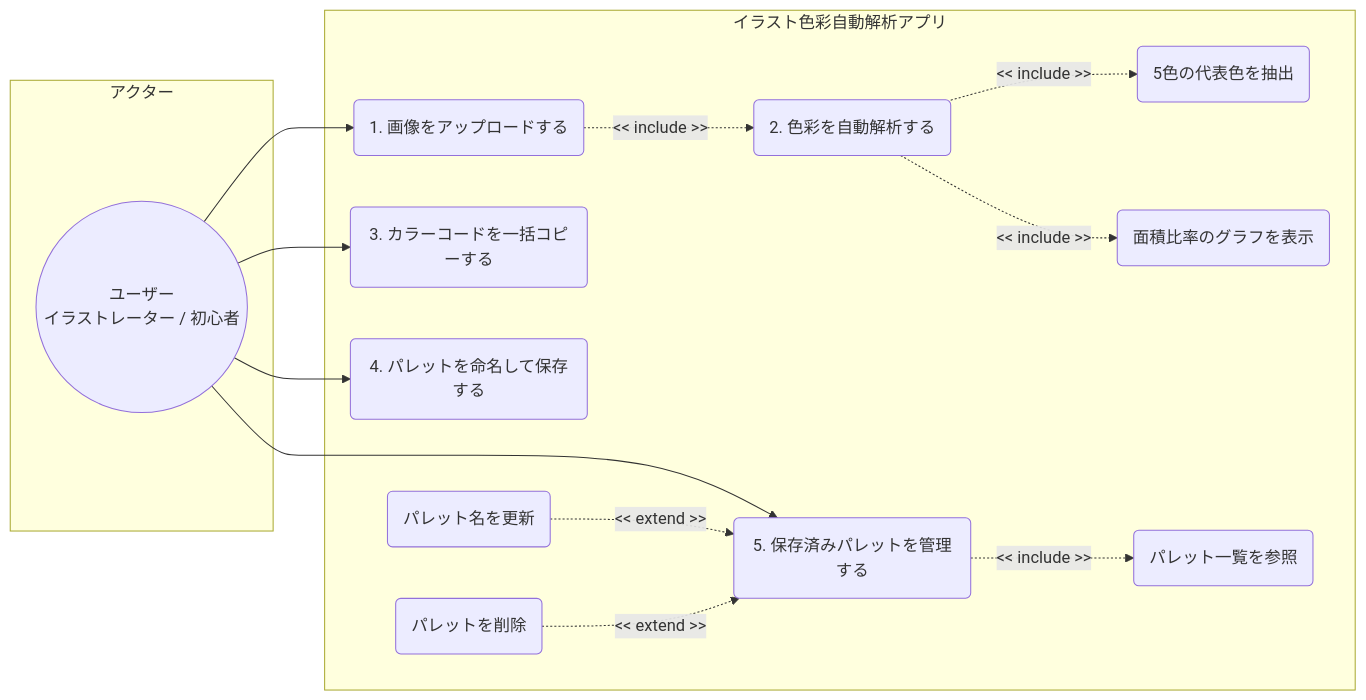
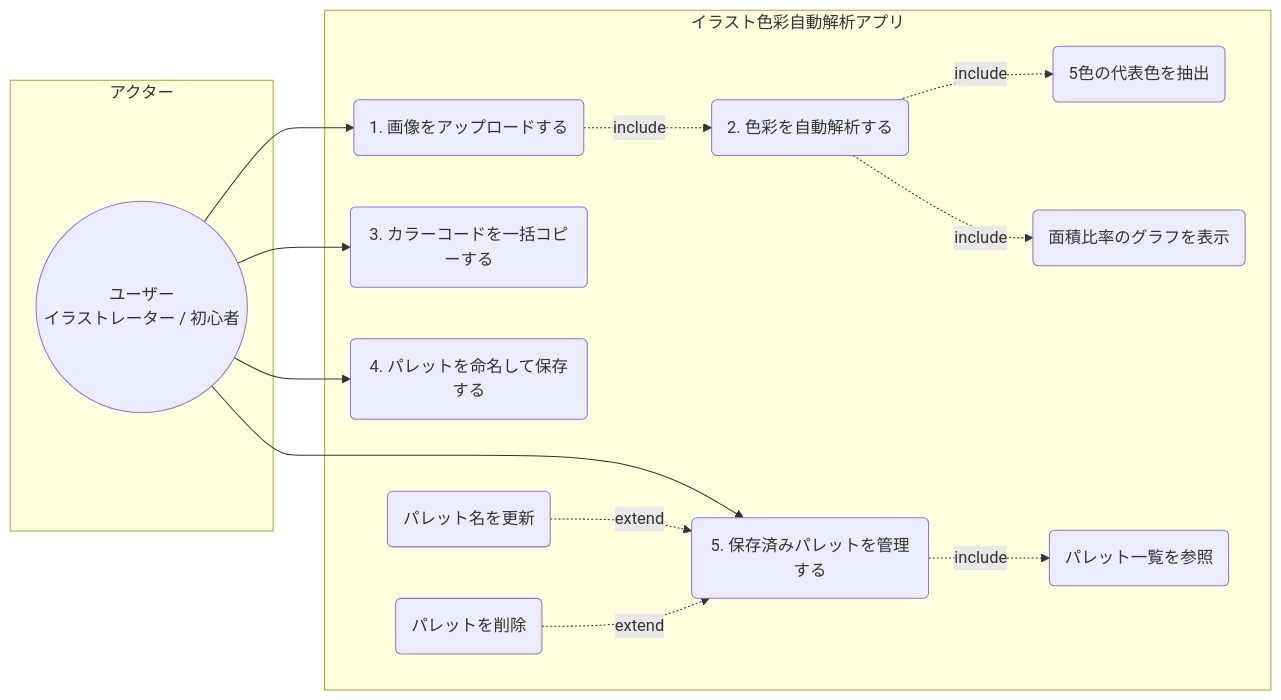
The first of 4 diagrams in README.md (csku24104/color-palette-analyzer), drawn with Mermaid before and after one commit. The commit also changed other lines of this file, not shown here.

````diff
--- a/README.md
+++ b/README.md
@@ -52,28 +52,28 @@
 ```mermaid
 flowchart LR
     subgraph アクター
         User((ユーザー<br>イラストレーター / 初心者))
     end
     subgraph イラスト色彩自動解析アプリ
         UC1(1. 画像をアップロードする)
         UC2(2. 色彩を自動解析する)
         UC3(3. カラーコードを一括コピーする)
         UC4(4. パレットを命名して保存する)
         UC5(5. 保存済みパレットを管理する)
         UC2_1(5色の代表色を抽出)
         UC2_2(面積比率のグラフを表示)
         UC5_1(パレット一覧を参照)
         UC5_2(パレット名を更新)
         UC5_3(パレットを削除)
     end
     User --> UC1
     User --> UC3
     User --> UC4
     User --> UC5
-    UC1 -.->|<< include >>| UC2
-    UC2 -.->|<< include >>| UC2_1
-    UC2 -.->|<< include >>| UC2_2
-    UC5 -.->|<< include >>| UC5_1
-    UC5_2 -.->|<< extend >>| UC5
-    UC5_3 -.->|<< extend >>| UC5
+    UC1 -.->|include| UC2
+    UC2 -.->|include| UC2_1
+    UC2 -.->|include| UC2_2
+    UC5 -.->|include| UC5_1
+    UC5_2 -.->|extend| UC5
+    UC5_3 -.->|extend| UC5
 ```
````
